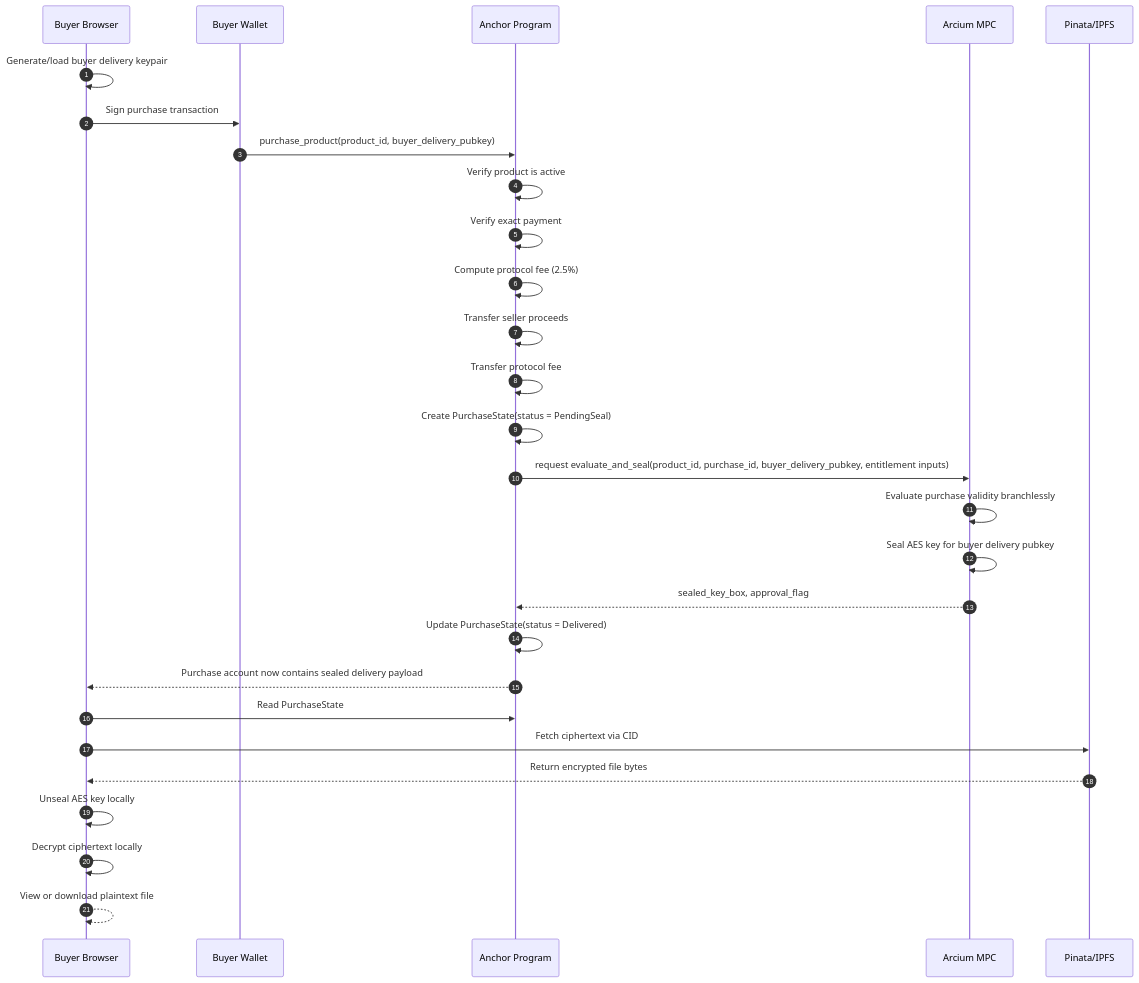
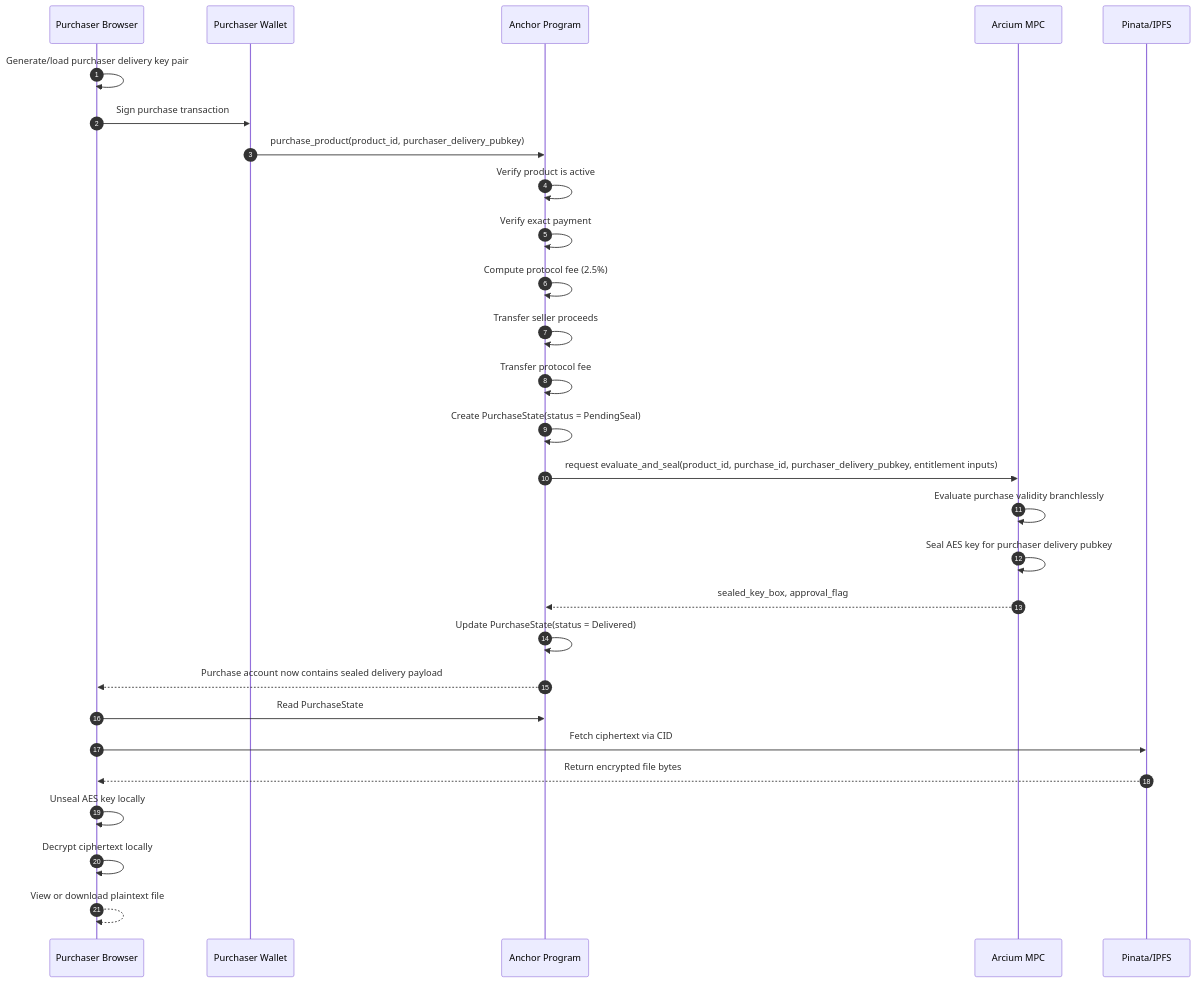
The second of 2 diagrams in system-design.md (E1eng/arxcess), drawn with Mermaid before and after one commit. The commit also changed other lines of this file and 1 other file, not shown here.

````diff
--- a/system-design.md
+++ b/system-design.md
@@ -262,35 +244,35 @@
 ```mermaid
 sequenceDiagram
     autonumber
-    participant Buyer as Buyer Browser
-    participant Wallet as Buyer Wallet
+    participant Purchaser as Purchaser Browser
+    participant Wallet as Purchaser Wallet
     participant Program as Anchor Program
     participant Arcium as Arcium MPC
     participant IPFS as Pinata/IPFS
 
-    Buyer->>Buyer: Generate/load buyer delivery keypair
-    Buyer->>Wallet: Sign purchase transaction
-    Wallet->>Program: purchase_product(product_id, buyer_delivery_pubkey)
+    Purchaser->>Purchaser: Generate/load purchaser delivery key pair
+    Purchaser->>Wallet: Sign purchase transaction
+    Wallet->>Program: purchase_product(product_id, purchaser_delivery_pubkey)
 
     Program->>Program: Verify product is active
     Program->>Program: Verify exact payment
     Program->>Program: Compute protocol fee (2.5%)
     Program->>Program: Transfer seller proceeds
     Program->>Program: Transfer protocol fee
     Program->>Program: Create PurchaseState(status = PendingSeal)
 
-    Program->>Arcium: request evaluate_and_seal(product_id, purchase_id, buyer_delivery_pubkey, entitlement inputs)
+    Program->>Arcium: request evaluate_and_seal(product_id, purchase_id, purchaser_delivery_pubkey, entitlement inputs)
     Arcium->>Arcium: Evaluate purchase validity branchlessly
-    Arcium->>Arcium: Seal AES key for buyer delivery pubkey
+    Arcium->>Arcium: Seal AES key for purchaser delivery pubkey
     Arcium-->>Program: sealed_key_box, approval_flag
 
     Program->>Program: Update PurchaseState(status = Delivered)
-    Program-->>Buyer: Purchase account now contains sealed delivery payload
+    Program-->>Purchaser: Purchase account now contains sealed delivery payload
 
-    Buyer->>Program: Read PurchaseState
-    Buyer->>IPFS: Fetch ciphertext via CID
-    IPFS-->>Buyer: Return encrypted file bytes
-    Buyer->>Buyer: Unseal AES key locally
-    Buyer->>Buyer: Decrypt ciphertext locally
-    Buyer-->>Buyer: View or download plaintext file
+    Purchaser->>Program: Read PurchaseState
+    Purchaser->>IPFS: Fetch ciphertext via CID
+    IPFS-->>Purchaser: Return encrypted file bytes
+    Purchaser->>Purchaser: Unseal AES key locally
+    Purchaser->>Purchaser: Decrypt ciphertext locally
+    Purchaser-->>Purchaser: View or download plaintext file
 ```
````
